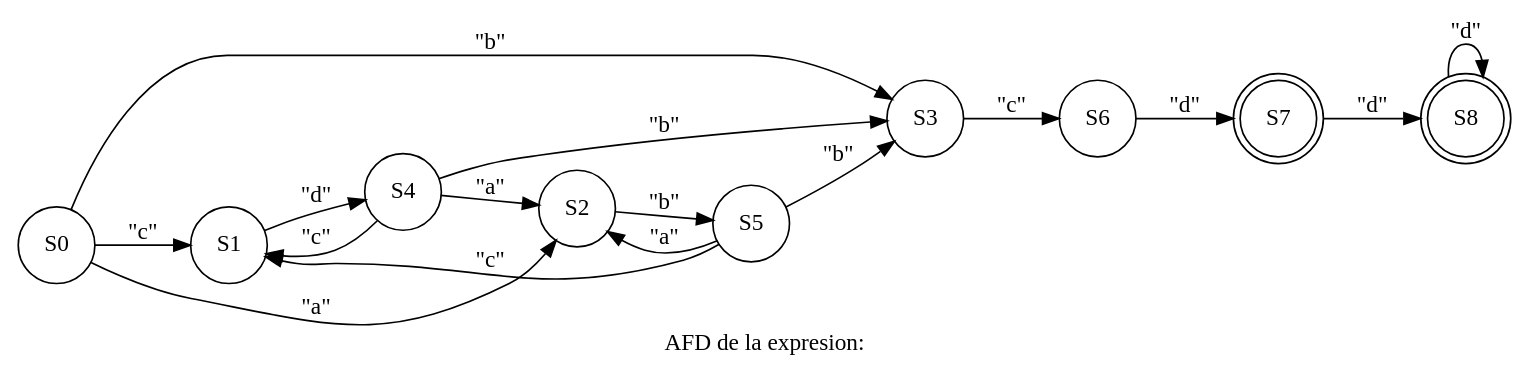
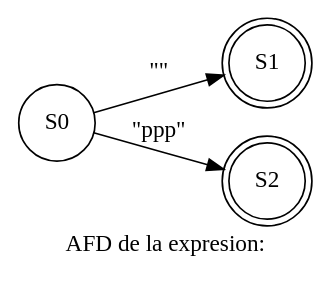
Before and after one commit to elimazariegosr/OLC1_Proyecto1_201709426: the diagram in OLC_Proyecto1_201709426/bin/Debug/afd_er2.dot, drawn with Graphviz. The commit also changed 99 other files, not shown here.

```diff
--- a/OLC_Proyecto1_201709426/bin/Debug/afd_er2.dot
+++ b/OLC_Proyecto1_201709426/bin/Debug/afd_er2.dot
@@ -1,30 +1,12 @@
 digraph dot{
 rankdir=LR;
  node[shape="circle"];
 label = "AFD de la expresion:";
 S0[label = "S0"];
-S0->S1[label="\"c\""];
-S0->S2[label="\"a\""];
-S0->S3[label="\"b\""];
-S1[label = "S1"];
-S1->S4[label="\"d\""];
+S0->S1[label="\"
+\""];
+S1[shape = "doublecircle"];S0->S2[label="\"ppp\""];
+S2[shape = "doublecircle"];S1[label = "S1"];
 S2[label = "S2"];
-S2->S5[label="\"b\""];
-S3[label = "S3"];
-S3->S6[label="\"c\""];
-S4[label = "S4"];
-S4->S1[label="\"c\""];
-S4->S2[label="\"a\""];
-S4->S3[label="\"b\""];
-S5[label = "S5"];
-S5->S1[label="\"c\""];
-S5->S2[label="\"a\""];
-S5->S3[label="\"b\""];
-S6[label = "S6"];
-S6->S7[label="\"d\""];
-S7[shape = "doublecircle"];S7[label = "S7"];
-S7->S8[label="\"d\""];
-S8[shape = "doublecircle"];S8[label = "S8"];
-S8->S8[label="\"d\""];
-S8[shape = "doublecircle"];
+
 }
```
